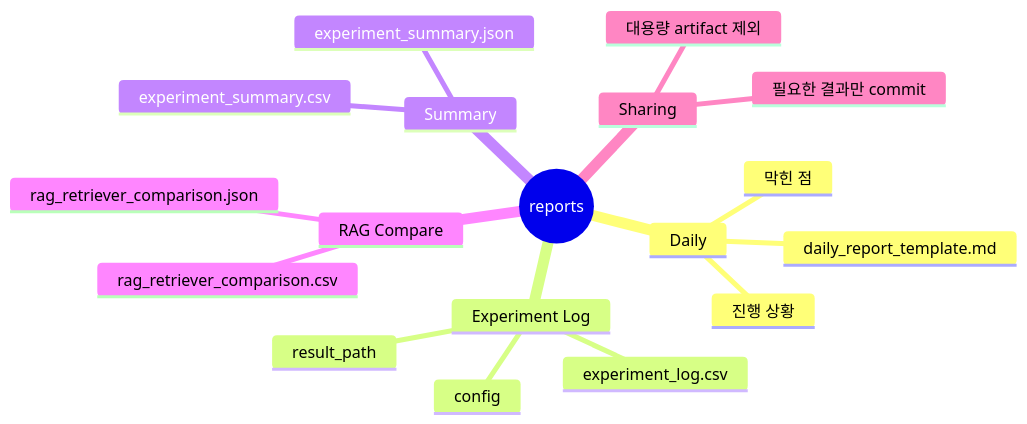
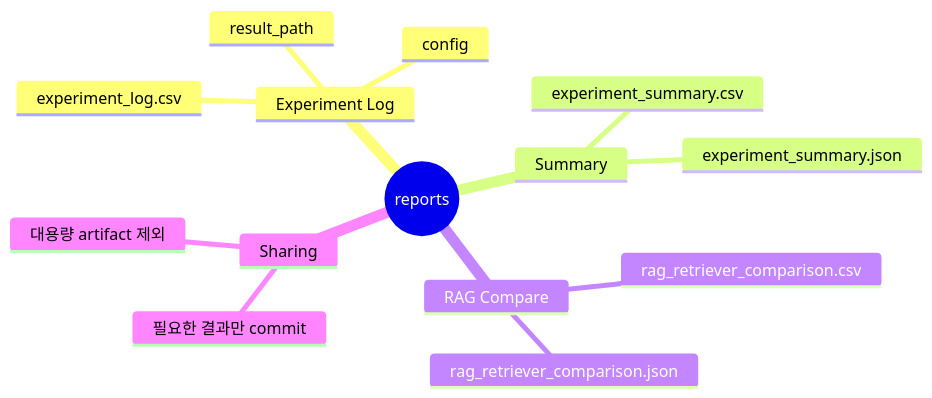
Before and after one commit to Codeit-Part3-6Team/Codeit-Part3-6Team-Project: the diagram in reports/README.md, drawn with Mermaid. The commit also changed other lines of this file and 8 other files, not shown here.

Commit message:
[docs] Daily Report 템플릿을 GitHub로 이동

````diff
--- a/reports/README.md
+++ b/reports/README.md
@@ -7,21 +8,17 @@
 ```mermaid
 mindmap
   root((reports))
-    Daily
-      daily_report_template.md
-      진행 상황
-      막힌 점
     Experiment Log
       experiment_log.csv
       config
       result_path
     Summary
       experiment_summary.csv
       experiment_summary.json
     RAG Compare
       rag_retriever_comparison.csv
       rag_retriever_comparison.json
     Sharing
       필요한 결과만 commit
       대용량 artifact 제외
 ```
````
